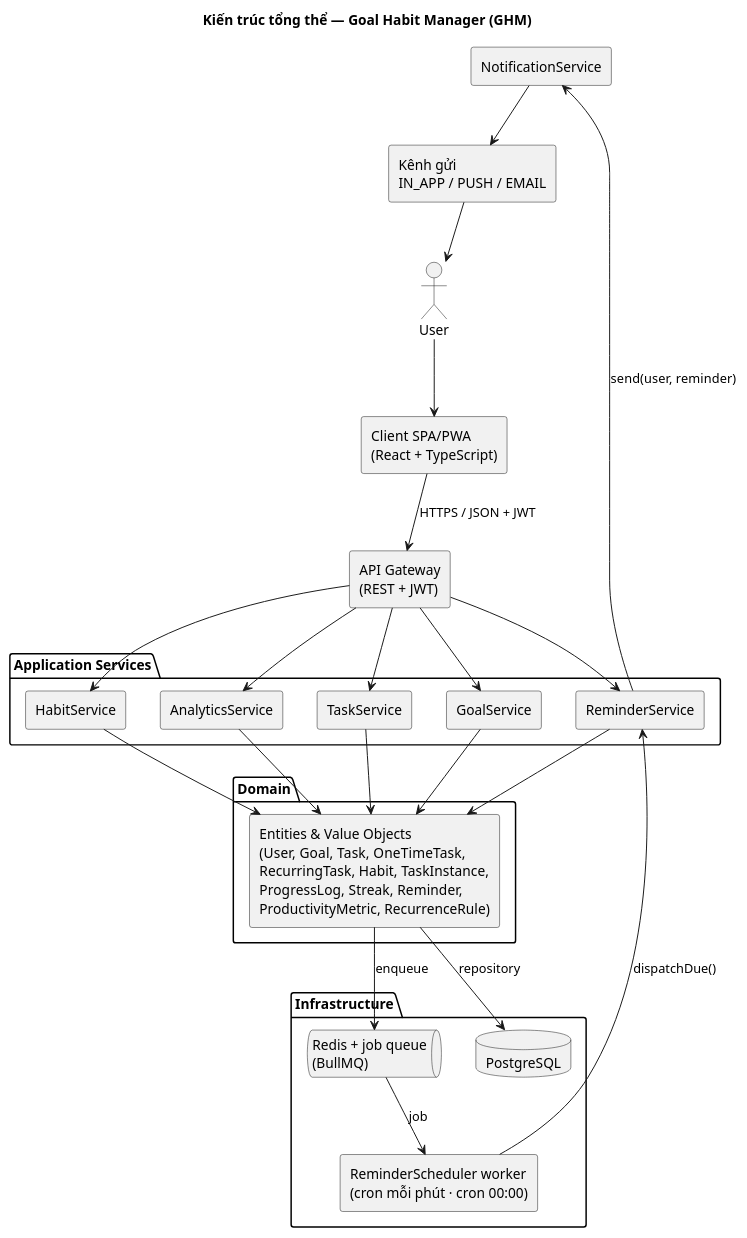
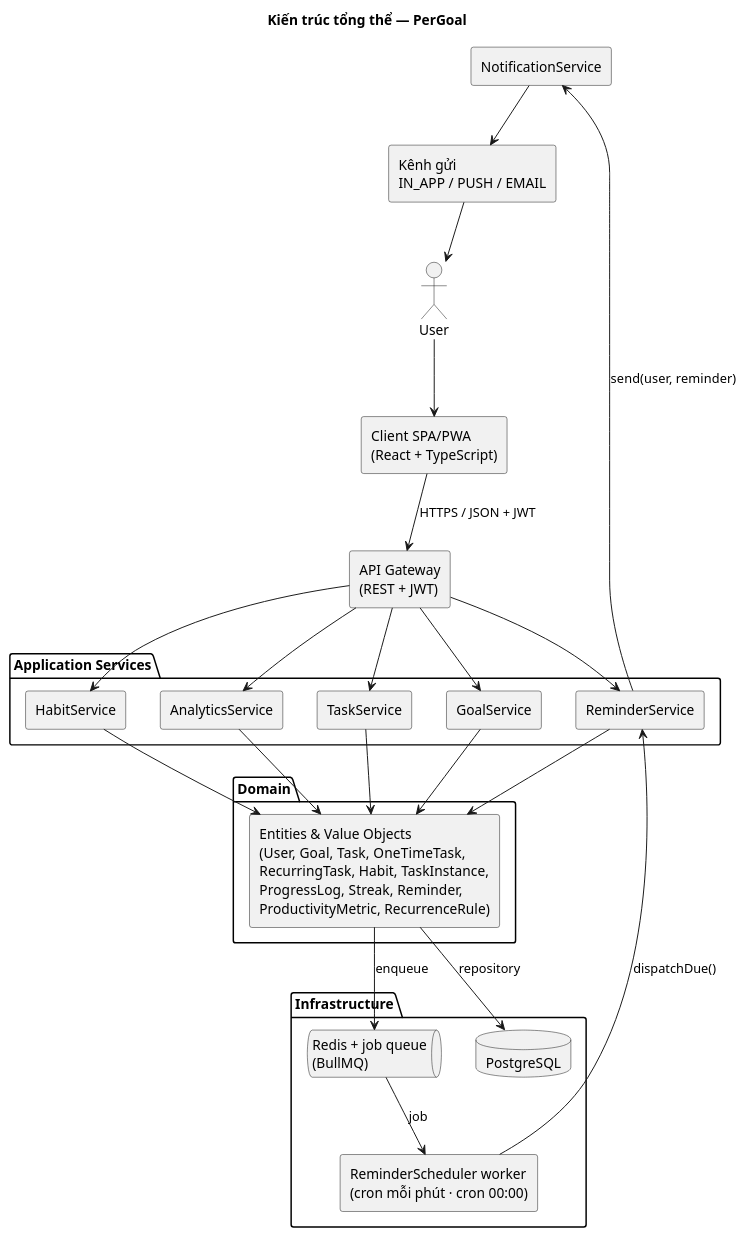
Before and after one commit to Musual-Moncra/MH-OOAD: the second of 10 diagrams in graphify-out/workflow/05-kien-truc-va-van-hanh.md, drawn with PlantUML. The commit also changed other lines of this file and 11 other files, not shown here.

Commit message:
Rename project to PerGoal and remove General Markdown.md

````diff
--- a/graphify-out/workflow/05-kien-truc-va-van-hanh.md
+++ b/graphify-out/workflow/05-kien-truc-va-van-hanh.md
@@ -55,51 +55,51 @@
 ```plantuml
 @startuml
 skinparam componentStyle rectangle
-title Kiến trúc tổng thể — Goal Habit Manager (GHM)
+title Kiến trúc tổng thể — PerGoal
 
 actor "User" as U
 component "Client SPA/PWA\n(React + TypeScript)" as SPA
 component "API Gateway\n(REST + JWT)" as GW
 
 package "Application Services" {
   component "GoalService" as GS
   component "TaskService" as TS
   component "HabitService" as HS
   component "ReminderService" as RS
   component "AnalyticsService" as AS
 }
 
 package "Domain" {
   component "Entities & Value Objects\n(User, Goal, Task, OneTimeTask,\nRecurringTask, Habit, TaskInstance,\nProgressLog, Streak, Reminder,\nProductivityMetric, RecurrenceRule)" as DOM
 }
 
 package "Infrastructure" {
   database "PostgreSQL" as PG
   queue "Redis + job queue\n(BullMQ)" as RQ
   component "ReminderScheduler worker\n(cron mỗi phút · cron 00:00)" as SCH
 }
 
 component "NotificationService" as NS
 component "Kênh gửi\nIN_APP / PUSH / EMAIL" as CH
 
 U --> SPA
 SPA --> GW : HTTPS / JSON + JWT
 GW --> GS
 GW --> TS
 GW --> HS
 GW --> RS
 GW --> AS
 GS --> DOM
 TS --> DOM
 HS --> DOM
 RS --> DOM
 AS --> DOM
 DOM --> PG : repository
 DOM --> RQ : enqueue
 RQ --> SCH : job
 SCH --> RS : dispatchDue()
 RS --> NS : send(user, reminder)
 NS --> CH
 CH --> U
 @enduml
 ```
````
